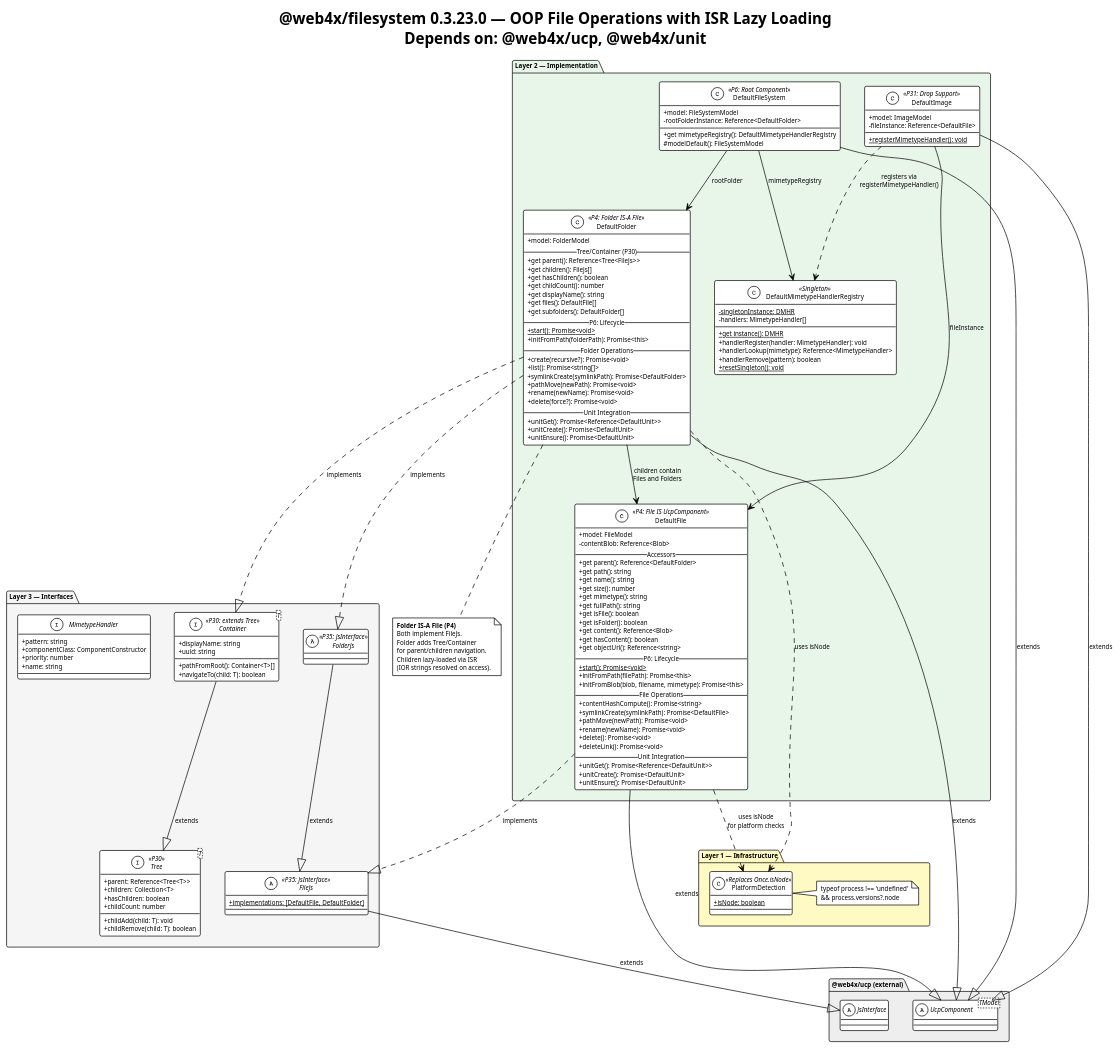
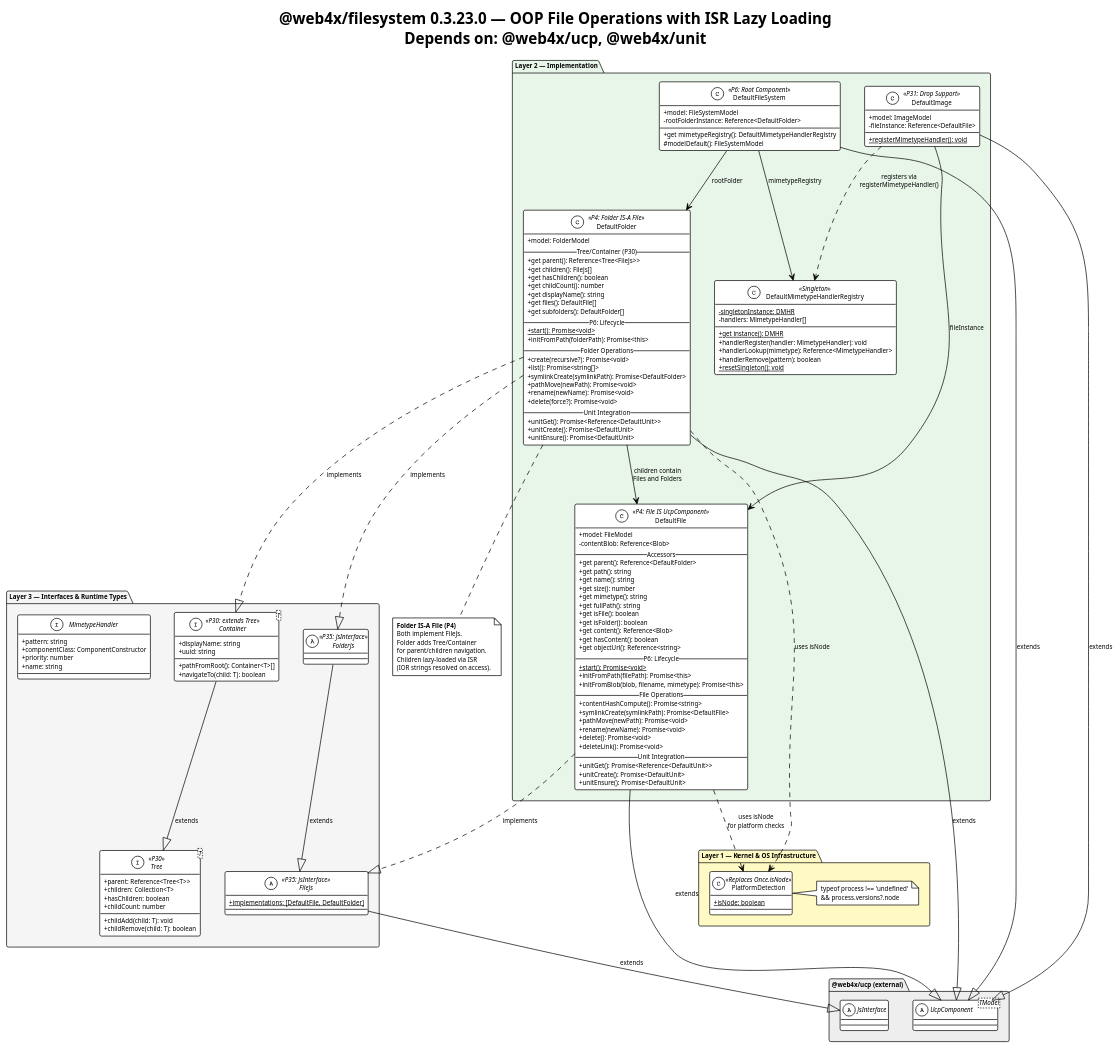
One commit to Cerulean-Circle-GmbH/UpDown changed the diagram in components/Filesystem/0.3.23.0/src/puml/Filesystem-ClassDiagram.puml. Above: the diagram before and after it, drawn with PlantUML. The commit also changed 317 other files, not shown here.

```diff
--- a/components/Filesystem/0.3.23.0/src/puml/Filesystem-ClassDiagram.puml
+++ b/components/Filesystem/0.3.23.0/src/puml/Filesystem-ClassDiagram.puml
@@ -1,165 +1,165 @@
 @startuml Filesystem-ClassDiagram
 !theme plain
 skinparam backgroundColor White
 skinparam defaultFontName "Segoe UI"
 skinparam defaultFontSize 9
 skinparam classAttributeIconSize 0
 
 title @web4x/filesystem 0.3.23.0 — OOP File Operations with ISR Lazy Loading\nDepends on: @web4x/ucp, @web4x/unit
 
 package "@web4x/ucp (external)" as UCP #EEEEEE {
   abstract class "UcpComponent<TModel>" as ExtUcpC
   abstract class "JsInterface" as ExtJSI
 }
 
-package "Layer 1 — Infrastructure" as L1 #FFF9C4 {
+package "Layer 1 — Kernel & OS Infrastructure" as L1 #FFF9C4 {
   class "PlatformDetection" as PD <<Replaces Once.isNode>> {
     + {static} isNode: boolean
   }
   note right of PD : typeof process !== 'undefined'\n&& process.versions?.node
 }
 
-package "Layer 3 — Interfaces" as L3 #F5F5F5 {
+package "Layer 3 — Interfaces & Runtime Types" as L3 #F5F5F5 {
   abstract class "FileJs" as FJs <<P35: JsInterface>> {
     + {static} implementations: [DefaultFile, DefaultFolder]
   }
   abstract class "FolderJs" as FoJs <<P35: JsInterface>>
 
   interface "Tree<T>" as ITree <<P30>> {
     + parent: Reference<Tree<T>>
     + children: Collection<T>
     + childAdd(child: T): void
     + childRemove(child: T): boolean
     + hasChildren: boolean
     + childCount: number
   }
 
   interface "Container<T>" as ICont <<P30: extends Tree>> {
     + displayName: string
     + uuid: string
     + pathFromRoot(): Container<T>[]
     + navigateTo(child: T): boolean
   }
 
   interface "MimetypeHandler" as IMH {
     + pattern: string
     + componentClass: ComponentConstructor
     + priority: number
     + name: string
   }
 
   ICont --|> ITree : extends
   FJs --|> ExtJSI : extends
   FoJs --|> FJs : extends
 }
 
 package "Layer 2 — Implementation" as L2 #E8F5E9 {
 
   class "DefaultFile" as DF <<P4: File IS UcpComponent>> {
     + model: FileModel
     - contentBlob: Reference<Blob>
     __Accessors__
     + get parent(): Reference<DefaultFolder>
     + get path(): string
     + get name(): string
     + get size(): number
     + get mimetype(): string
     + get fullPath(): string
     + get isFile(): boolean
     + get isFolder(): boolean
     + get content(): Reference<Blob>
     + get hasContent(): boolean
     + get objectUrl(): Reference<string>
     __P6: Lifecycle__
     + {static} start(): Promise<void>
     + initFromPath(filePath): Promise<this>
     + initFromBlob(blob, filename, mimetype): Promise<this>
     __File Operations__
     + contentHashCompute(): Promise<string>
     + symlinkCreate(symlinkPath): Promise<DefaultFile>
     + pathMove(newPath): Promise<void>
     + rename(newName): Promise<void>
     + delete(): Promise<void>
     + deleteLink(): Promise<void>
     __Unit Integration__
     + unitGet(): Promise<Reference<DefaultUnit>>
     + unitCreate(): Promise<DefaultUnit>
     + unitEnsure(): Promise<DefaultUnit>
   }
 
   class "DefaultFolder" as DFo <<P4: Folder IS-A File>> {
     + model: FolderModel
     __Tree/Container (P30)__
     + get parent(): Reference<Tree<FileJs>>
     + get children(): FileJs[]
     + get hasChildren(): boolean
     + get childCount(): number
     + get displayName(): string
     + get files(): DefaultFile[]
     + get subfolders(): DefaultFolder[]
     __P6: Lifecycle__
     + {static} start(): Promise<void>
     + initFromPath(folderPath): Promise<this>
     __Folder Operations__
     + create(recursive?): Promise<void>
     + list(): Promise<string[]>
     + symlinkCreate(symlinkPath): Promise<DefaultFolder>
     + pathMove(newPath): Promise<void>
     + rename(newName): Promise<void>
     + delete(force?): Promise<void>
     __Unit Integration__
     + unitGet(): Promise<Reference<DefaultUnit>>
     + unitCreate(): Promise<DefaultUnit>
     + unitEnsure(): Promise<DefaultUnit>
   }
 
   class "DefaultFileSystem" as DFS <<P6: Root Component>> {
     + model: FileSystemModel
     - rootFolderInstance: Reference<DefaultFolder>
     + get mimetypeRegistry(): DefaultMimetypeHandlerRegistry
     # modelDefault(): FileSystemModel
   }
 
   class "DefaultImage" as DI <<P31: Drop Support>> {
     + model: ImageModel
     - fileInstance: Reference<DefaultFile>
     + {static} registerMimetypeHandler(): void
   }
 
   class "DefaultMimetypeHandlerRegistry" as DMHR <<Singleton>> {
     - {static} singletonInstance: DMHR
     - handlers: MimetypeHandler[]
     + {static} get instance(): DMHR
     + handlerRegister(handler: MimetypeHandler): void
     + handlerLookup(mimetype): Reference<MimetypeHandler>
     + handlerRemove(pattern): boolean
     + {static} resetSingleton(): void
   }
 
   DF --|> ExtUcpC : extends
   DF ..|> FJs : implements
   DFo --|> ExtUcpC : extends
   DFo ..|> FoJs : implements
   DFo ..|> ICont : implements
   DFS --|> ExtUcpC : extends
   DI --|> ExtUcpC : extends
 
   DFo --> DF : children contain\nFiles and Folders
   DFS --> DFo : rootFolder
   DFS --> DMHR : mimetypeRegistry
   DI --> DF : fileInstance
   DI ..> DMHR : registers via\nregisterMimetypeHandler()
   DF ..> PD : uses isNode\nfor platform checks
   DFo ..> PD : uses isNode
 }
 
 note bottom of DFo
   **Folder IS-A File (P4)**
   Both implement FileJs.
   Folder adds Tree/Container
   for parent/children navigation.
   Children lazy-loaded via ISR
   (IOR strings resolved on access).
 end note
 
 @enduml
```
